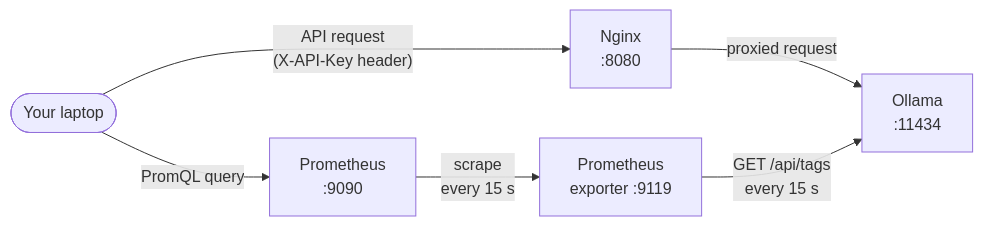
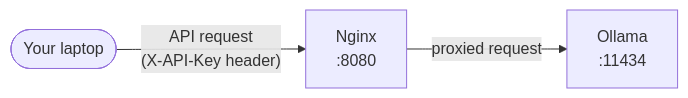
The diagram in labs/it-lab-14/index.md (BYU-CYBER-444/byu-cyber-444.github.io), drawn with Mermaid before and after one commit. The commit also changed other lines of this file and 6 other files, not shown here.

````diff
--- a/labs/it-lab-14/index.md
+++ b/labs/it-lab-14/index.md
@@ -71,14 +68,9 @@
 ```mermaid
 graph LR
     Client(["Your laptop"])
     Nginx["Nginx\n:8080"]
     Ollama["Ollama\n:11434"]
-    Exporter["Prometheus\nexporter :9119"]
-    Prometheus["Prometheus\n:9090"]
 
     Client -->|"API request\n(X-API-Key header)"| Nginx
     Nginx -->|"proxied request"| Ollama
-    Exporter -->|"GET /api/tags\nevery 15 s"| Ollama
-    Prometheus -->|"scrape\nevery 15 s"| Exporter
-    Client -->|"PromQL query"| Prometheus
 ```
````
